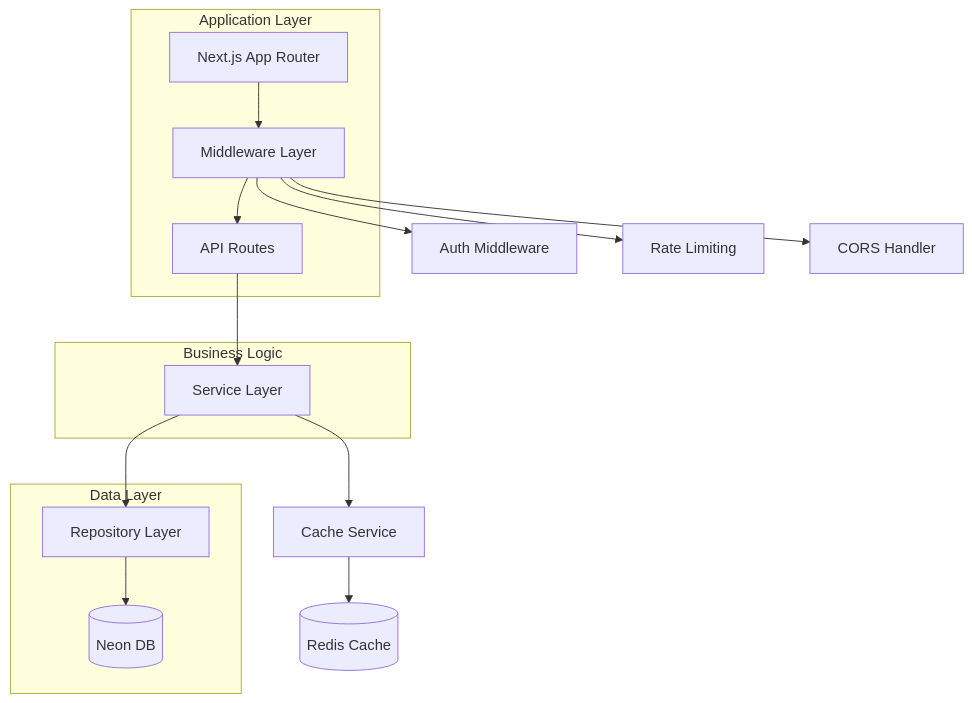
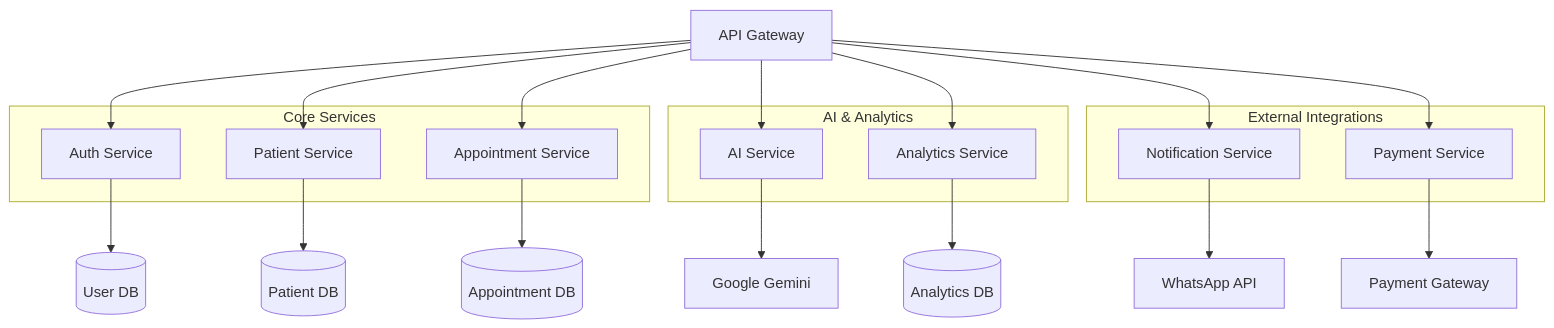
One commit to rafaelminatto1/fisioflow-aistudio changed the second of 3 diagrams in .trae/documents/arquitetura-tecnica-fisioflow.md. Above: the diagram before and after it, drawn with Mermaid. The commit also changed other lines of this file and 209 other files, not shown here.

````diff
--- a/.trae/documents/arquitetura-tecnica-fisioflow.md
+++ b/.trae/documents/arquitetura-tecnica-fisioflow.md
@@ -173,30 +174,34 @@
 ```mermaid
 graph TD
-    A[Next.js App Router] --> B[Middleware Layer]
-    B --> C[API Routes]
-    C --> D[Service Layer]
-    D --> E[Repository Layer]
-    E --> F[(Neon DB)]
+    A[API Gateway] --> B[Auth Service]
+    A --> C[Patient Service]
+    A --> D[Appointment Service]
+    A --> E[AI Service]
+    A --> F[Analytics Service]
+    A --> G[Notification Service]
+    A --> H[Payment Service]
     
-    B --> G[Auth Middleware]
-    B --> H[Rate Limiting]
-    B --> I[CORS Handler]
+    B --> I[(User DB)]
+    C --> J[(Patient DB)]
+    D --> K[(Appointment DB)]
+    E --> L[Google Gemini]
+    F --> M[(Analytics DB)]
+    G --> N[WhatsApp API]
+    H --> O[Payment Gateway]
     
-    D --> J[Cache Service]
-    J --> K[(Redis Cache)]
-    
-    subgraph "Application Layer"
-        A
+    subgraph "Core Services"
         B
         C
-    end
-    
-    subgraph "Business Logic"
         D
     end
     
-    subgraph "Data Layer"
+    subgraph "AI & Analytics"
         E
         F
     end
+    
+    subgraph "External Integrations"
+        G
+        H
+    end
 ```
````
